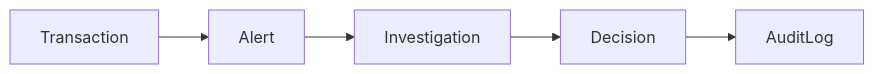
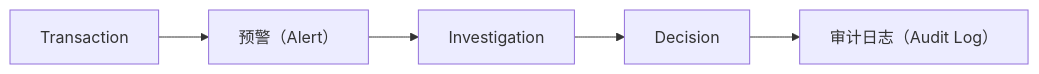
Before and after one commit to rexlin600/ontology_practice: the diagram in days/Day-27.md, drawn with Mermaid. The commit also changed other lines of this file, not shown here.

````diff
--- a/days/Day-27.md
+++ b/days/Day-27.md
@@ -16,8 +31,8 @@
 ```mermaid
 flowchart LR
-  Transaction["Transaction"] --> Alert["Alert"]
-  Alert["Alert"] --> Investigation["Investigation"]
+  Transaction["Transaction"] --> Alert["预警（Alert）"]
+  Alert["预警（Alert）"] --> Investigation["Investigation"]
   Investigation["Investigation"] --> Decision["Decision"]
-  Decision["Decision"] --> AuditLog["AuditLog"]
+  Decision["Decision"] --> AuditLog["审计日志（Audit Log）"]
 
 ```
````
